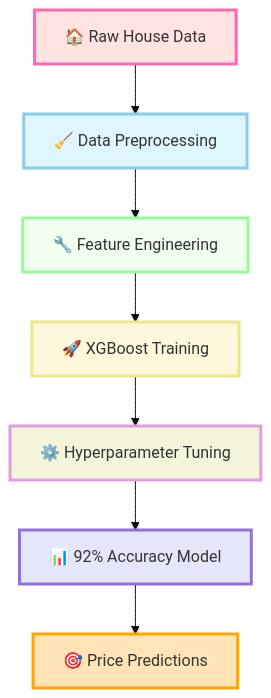
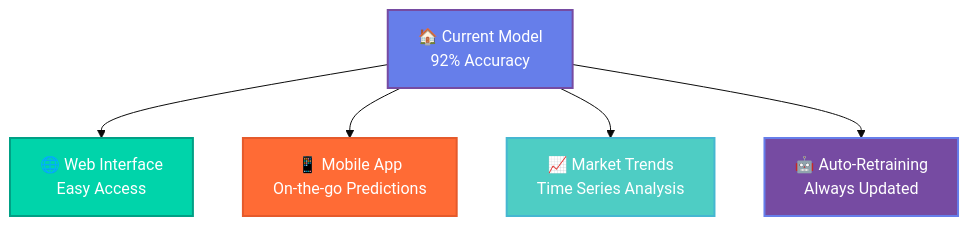
One commit to akshitbhardwaj315/House--Price-Prediction changed the diagram in README.md. Above: the diagram before and after it, drawn with Mermaid (base theme). The commit also changed other lines of this file, not shown here.

````diff
--- a/README.md
+++ b/README.md
@@ -30,17 +322,13 @@
 ```mermaid
 graph TD
-    A[🏠 Raw House Data] --> B[🧹 Data Preprocessing]
-    B --> C[🔧 Feature Engineering]
-    C --> D[🚀 XGBoost Training]
-    D --> E[⚙️ Hyperparameter Tuning]
-    E --> F[📊 92% Accuracy Model]
-    F --> G[🎯 Price Predictions]
+    A[🏠 Current Model<br/>92% Accuracy] --> B[🌐 Web Interface<br/>Easy Access]
+    A --> C[📱 Mobile App<br/>On-the-go Predictions]
+    A --> D[📈 Market Trends<br/>Time Series Analysis]
+    A --> E[🤖 Auto-Retraining<br/>Always Updated]
     
-    style A fill:#FFE4E1,stroke:#FF69B4,stroke-width:3px
-    style B fill:#E0F6FF,stroke:#87CEEB,stroke-width:3px
-    style C fill:#F0FFF0,stroke:#98FB98,stroke-width:3px
-    style D fill:#FFF8DC,stroke:#F0E68C,stroke-width:3px
-    style E fill:#F5F5DC,stroke:#DDA0DD,stroke-width:3px
-    style F fill:#E6E6FA,stroke:#9370DB,stroke-width:3px
-    style G fill:#FFE4B5,stroke:#FFA500,stroke-width:3px
+    style A fill:#667eea,stroke:#764ba2,stroke-width:2px,color:#fff
+    style B fill:#00d4aa,stroke:#00a085,stroke-width:2px,color:#fff
+    style C fill:#ff6b35,stroke:#e55a2b,stroke-width:2px,color:#fff
+    style D fill:#4ecdc4,stroke:#45b7d1,stroke-width:2px,color:#fff
+    style E fill:#764ba2,stroke:#667eea,stroke-width:2px,color:#fff
 ```
````
